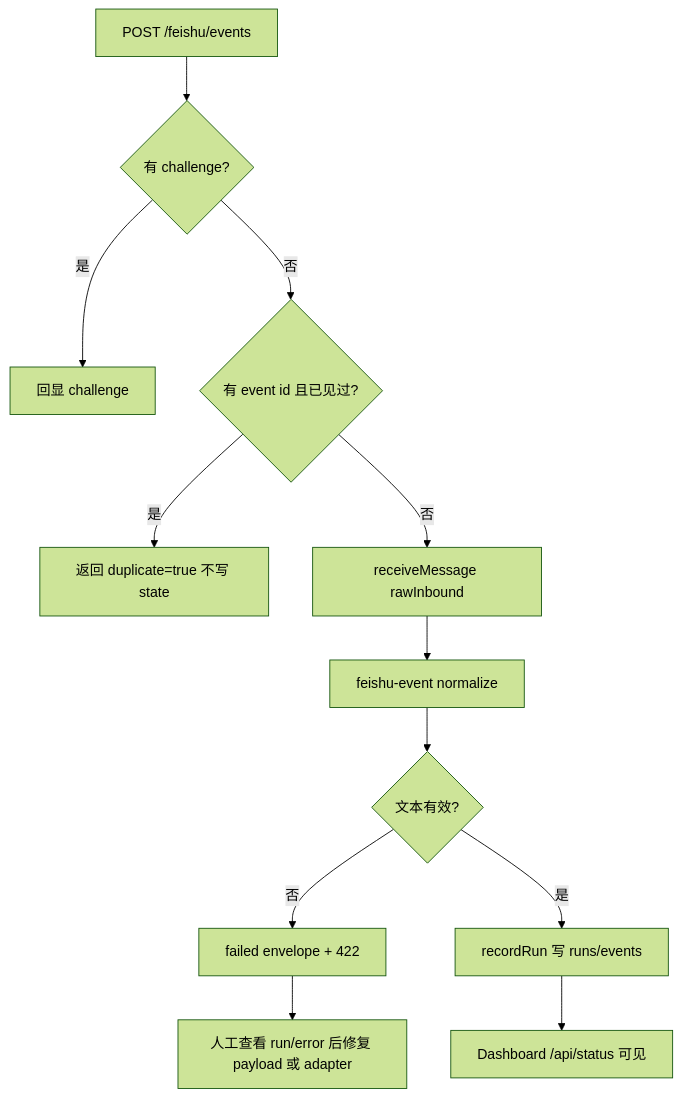
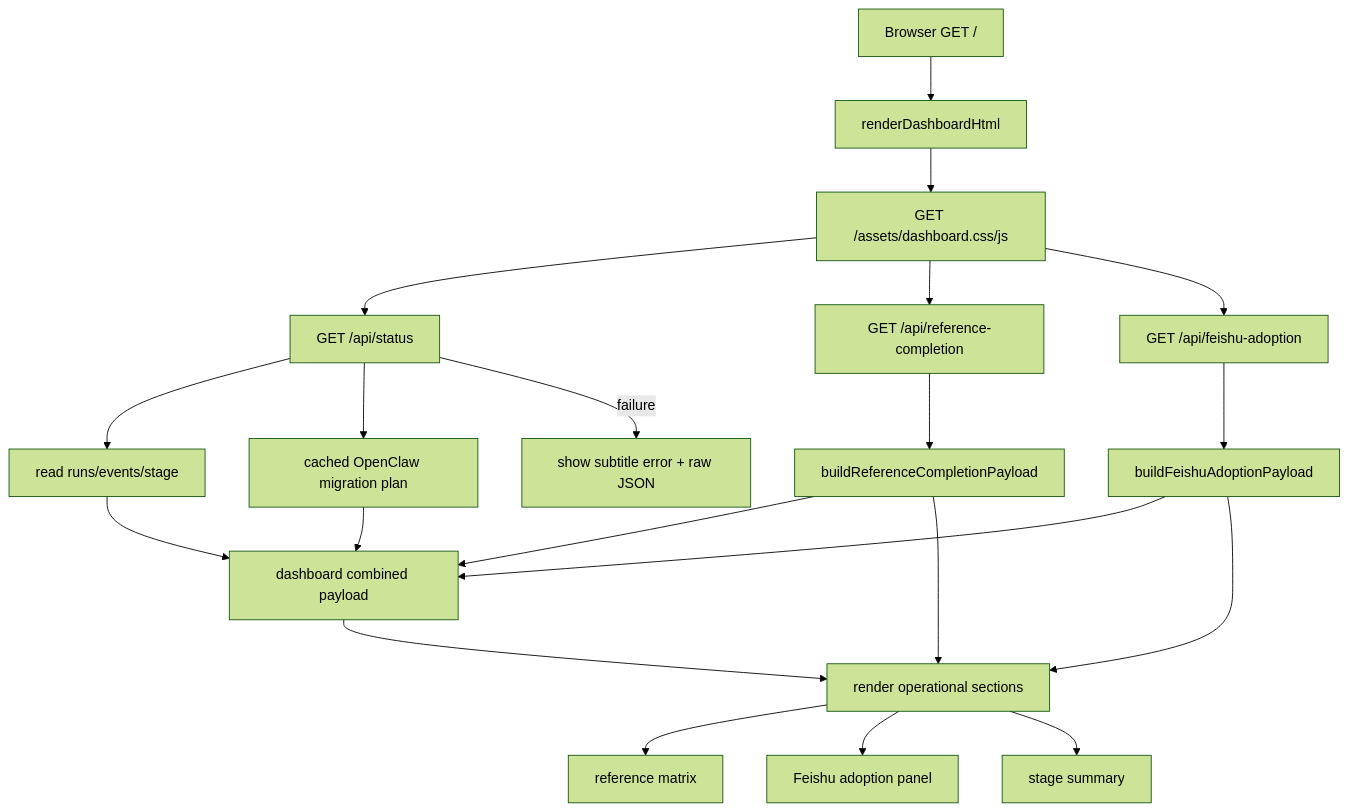
One commit to mayf3/myclaw changed the third of 8 diagrams in docs/implementation-architecture.md. Above: the diagram before and after it, drawn with Mermaid (forest theme). The commit also changed other lines of this file and 13 other files, not shown here.

Commit message:
feat: add reference-aware dashboard

````diff
--- a/docs/implementation-architecture.md
+++ b/docs/implementation-architecture.md
@@ -89,14 +116,23 @@
 ```mermaid
 flowchart TD
-  Start[POST /feishu/events] --> Challenge{有 challenge?}
-  Challenge -->|是| Echo[回显 challenge]
-  Challenge -->|否| EventId{有 event id 且已见过?}
-  EventId -->|是| Duplicate[返回 duplicate=true 不写 state]
-  EventId -->|否| Runtime[receiveMessage rawInbound]
-  Runtime --> Normalize[feishu-event normalize]
-  Normalize --> Text{文本有效?}
-  Text -->|否| Failed[failed envelope + 422]
-  Text -->|是| Persist[recordRun 写 runs/events]
-  Persist --> Status[Dashboard /api/status 可见]
-  Failed --> Human[人工查看 run/error 后修复 payload 或 adapter]
+  Start[Browser GET /] --> Html[renderDashboardHtml]
+  Html --> Assets[GET /assets/dashboard.css/js]
+  Assets --> Status[GET /api/status]
+  Status --> Reads[read runs/events/stage]
+  Status --> Plan[cached OpenClaw migration plan]
+  Assets --> RefApi[GET /api/reference-completion]
+  Assets --> FeishuApi[GET /api/feishu-adoption]
+  RefApi --> Ref[buildReferenceCompletionPayload]
+  FeishuApi --> Feishu[buildFeishuAdoptionPayload]
+  Reads --> Payload[dashboard combined payload]
+  Plan --> Payload
+  Ref --> Payload
+  Feishu --> Payload
+  Payload --> UI[render operational sections]
+  Ref --> UI
+  Feishu --> UI
+  UI --> Matrix[reference matrix]
+  UI --> Decision[Feishu adoption panel]
+  UI --> Migration[stage summary]
+  Status -->|failure| Error[show subtitle error + raw JSON]
 ```
````
